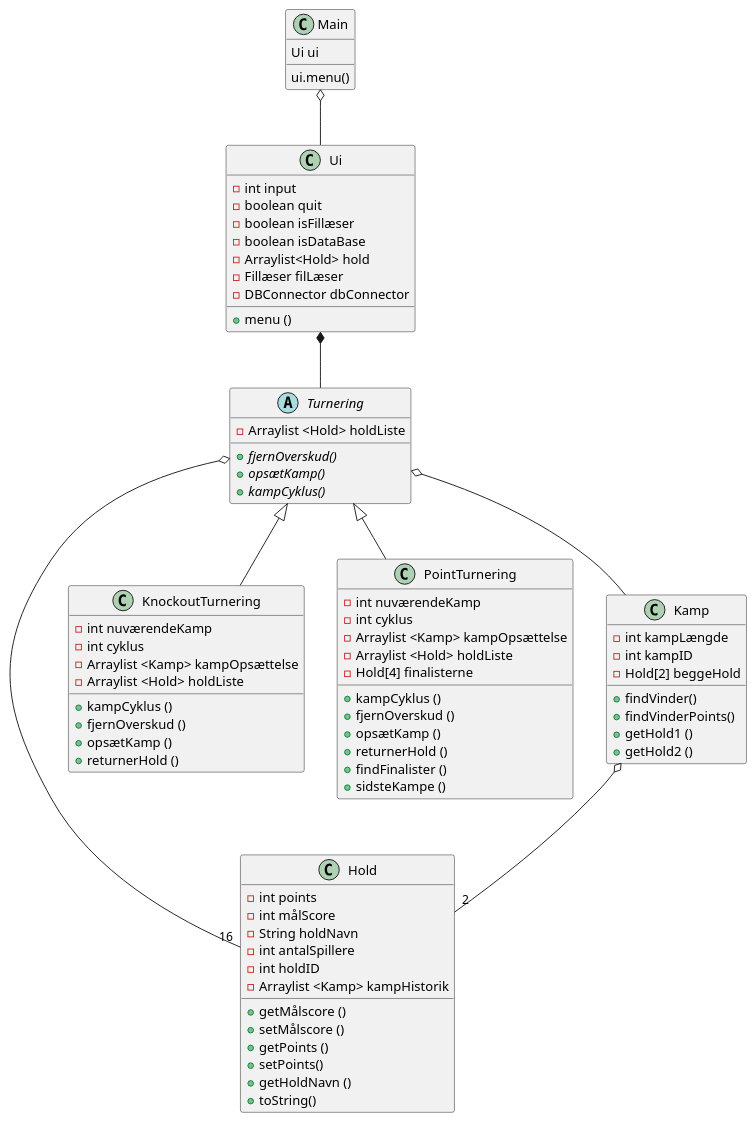
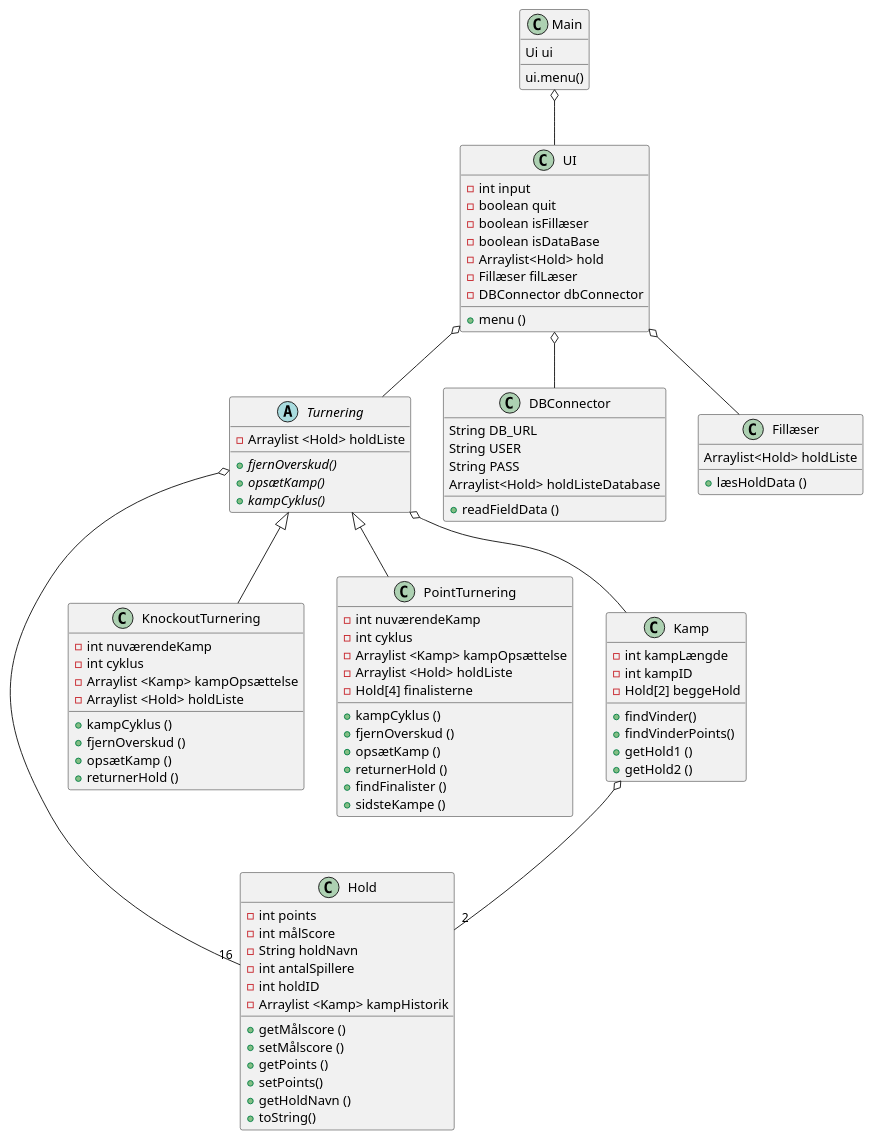
One commit to Datamatiker-A3/SP3 changed the diagram in SP3/src/UML/Klassediagram.puml. Above: the diagram before and after it, drawn with PlantUML. The commit also changed 1 other file, not shown here.

```diff
--- a/SP3/src/UML/Klassediagram.puml
+++ b/SP3/src/UML/Klassediagram.puml
@@ -1,90 +1,107 @@
 @startuml
 'https://plantuml.com/class-diagram
 
 abstract class Turnering
 class Main
 class Hold
 class KnockoutTurnering
 class PointTurnering
 class Kamp
-Main o-- Ui
-Ui *-- Turnering
+class DBConnector
+class Fillæser
+class UI
+
+Main o-- UI
+UI o-- Turnering
 Turnering <|-- KnockoutTurnering
 Turnering<|-- PointTurnering
 Turnering o-- "16" Hold
 Turnering o-- Kamp
 Kamp o-- "2" Hold
+UI o-- DBConnector
+UI o-- Fillæser
 
-class Ui{
+class UI{
  - int input
  - boolean quit
  - boolean isFillæser
  - boolean isDataBase
  - Arraylist<Hold> hold
  - Fillæser filLæser
  - DBConnector dbConnector
  + menu ()
 }
 
 class Main {
   Ui ui
   ui.menu()
 }
 class Kamp{
 - int kampLængde
 - int kampID
 - Hold[2] beggeHold
 + findVinder()
 + findVinderPoints()
 + getHold1 ()
 + getHold2 ()
 }
 
 class Hold{
 - int points
 - int målScore
 - String holdNavn
 - int antalSpillere
 - int holdID
 - Arraylist <Kamp> kampHistorik
 + getMålscore ()
 + setMålscore ()
 + getPoints ()
 + setPoints()
 + getHoldNavn ()
 + toString()
 
 }
 abstract class Turnering{
 - Arraylist <Hold> holdListe
 + {abstract}fjernOverskud()
 + {abstract}opsætKamp()
 + {abstract}kampCyklus()
 }
 class KnockoutTurnering{
 - int nuværendeKamp
 - int cyklus
 - Arraylist <Kamp> kampOpsættelse
 - Arraylist <Hold> holdListe
 + kampCyklus ()
 + fjernOverskud ()
 + opsætKamp ()
 + returnerHold ()
 
 }
 class PointTurnering{
 - int nuværendeKamp
 - int cyklus
 - Arraylist <Kamp> kampOpsættelse
 - Arraylist <Hold> holdListe
 - Hold[4] finalisterne
 + kampCyklus ()
 + fjernOverskud ()
 + opsætKamp ()
 + returnerHold ()
 + findFinalister ()
 + sidsteKampe ()
 }
+class DBConnector{
+String DB_URL
+String USER
+String PASS
+Arraylist<Hold> holdListeDatabase
++ readFieldData ()
+}
+class Fillæser{
+Arraylist<Hold> holdListe
++ læsHoldData ()
+}
 
 
 @enduml
```
